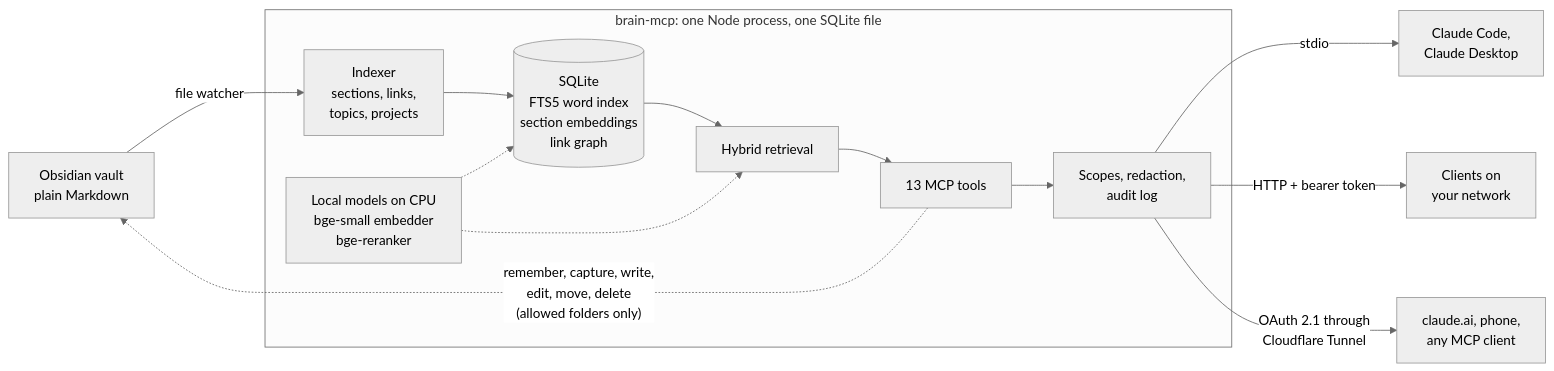
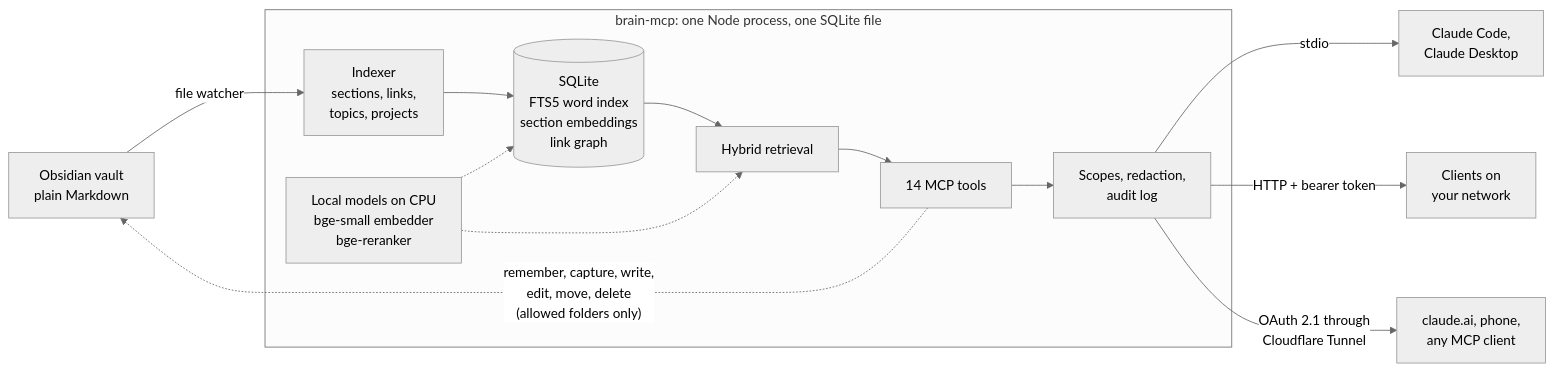
The first of 2 diagrams in README.md (debashishthakur/brain-mcp), drawn with Mermaid (neutral theme) before and after one commit. The commit also changed other lines of this file and 14 other files, not shown here.

````diff
--- a/README.md
+++ b/README.md
@@ -49,22 +49,22 @@
 ```mermaid
 flowchart LR
     V["Obsidian vault<br/>plain Markdown"]
 
     subgraph S["brain-mcp: one Node process, one SQLite file"]
         I["Indexer<br/>sections, links,<br/>topics, projects"]
         DB[("SQLite<br/>FTS5 word index<br/>section embeddings<br/>link graph")]
         M["Local models on CPU<br/>bge-small embedder<br/>bge-reranker"]
         R["Hybrid retrieval"]
-        T["13 MCP tools"]
+        T["14 MCP tools"]
         G["Scopes, redaction,<br/>audit log"]
         I --> DB --> R --> T --> G
         M -.-> DB
         M -.-> R
     end
 
     V -->|file watcher| I
     G -->|stdio| C1["Claude Code,<br/>Claude Desktop"]
     G -->|HTTP + bearer token| C2["Clients on<br/>your network"]
     G -->|OAuth 2.1 through<br/>Cloudflare Tunnel| C3["claude.ai, phone,<br/>any MCP client"]
     T -. "remember, capture, write,<br/>edit, move, delete<br/>(allowed folders only)" .-> V
 ```
````
